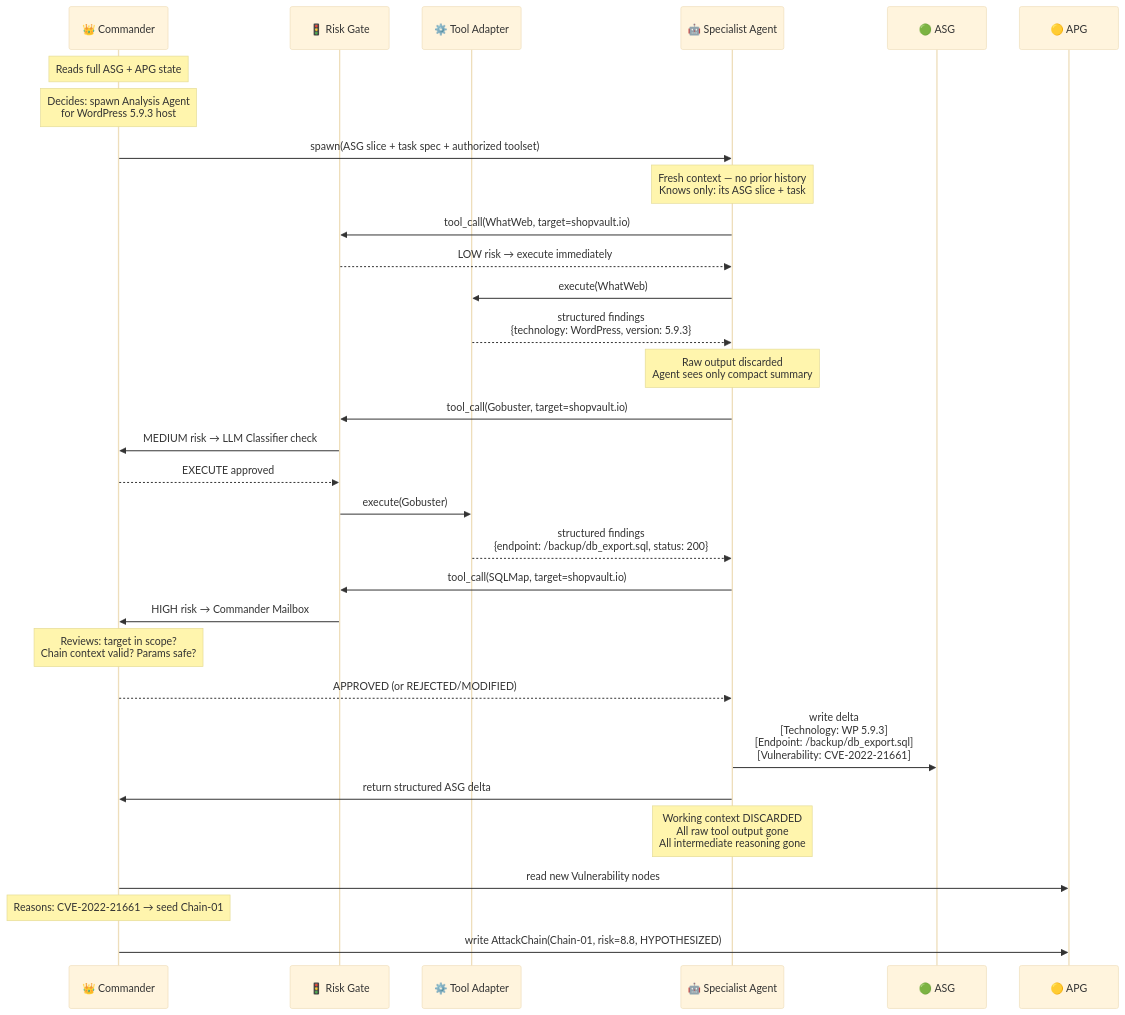
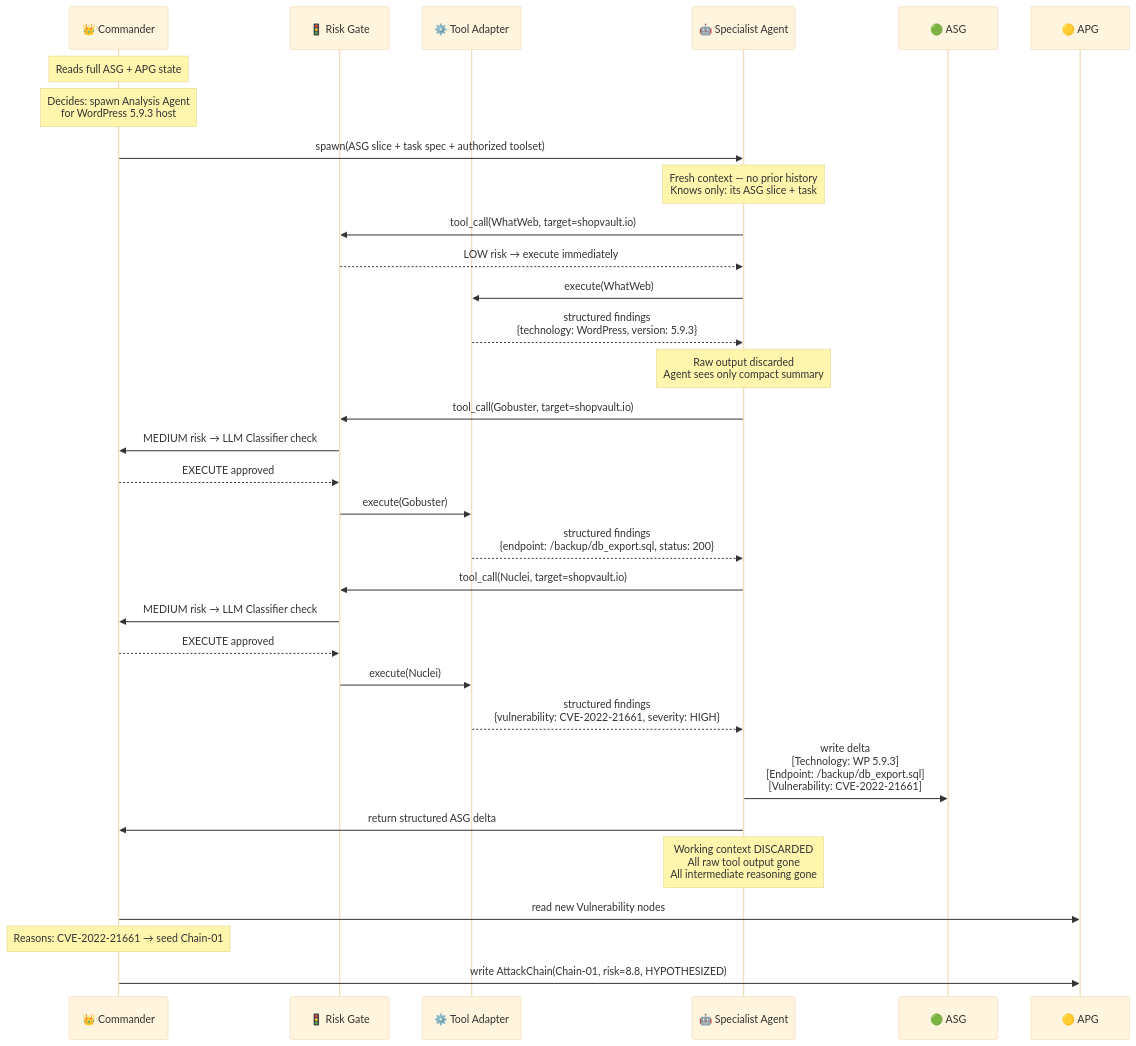
The second of 4 diagrams in docs/paper-thesis/explanation/module-03-core-agent-architecture.md (nishan-paul-2022/cmatrix-agentic-red-team), drawn with Mermaid (base theme) before and after one commit. The commit also changed other lines of this file and 2 other files, not shown here.

Commit message:
docs: update architectural diagrams and validation workflows to clarify Commander-led APG updates and chain execution logic

````diff
--- a/docs/paper-thesis/explanation/module-03-core-agent-architecture.md
+++ b/docs/paper-thesis/explanation/module-03-core-agent-architecture.md
@@ -571,42 +572,43 @@
 ```mermaid
 sequenceDiagram
     participant CMD as 👑 Commander
     participant GATE as 🚦 Risk Gate
     participant TAL as ⚙️ Tool Adapter
     participant AG as 🤖 Specialist Agent
     participant ASG as 🟢 ASG
     participant APG as 🟡 APG
 
     Note over CMD: Reads full ASG + APG state
     Note over CMD: Decides: spawn Analysis Agent<br/>for WordPress 5.9.3 host
 
     CMD->>AG: spawn(ASG slice + task spec + authorized toolset)
     Note over AG: Fresh context — no prior history<br/>Knows only: its ASG slice + task
 
     AG->>GATE: tool_call(WhatWeb, target=shopvault.io)
     GATE-->>AG: LOW risk → execute immediately
 
     AG->>TAL: execute(WhatWeb)
     TAL-->>AG: structured findings<br/>{technology: WordPress, version: 5.9.3}
     Note over AG: Raw output discarded<br/>Agent sees only compact summary
 
     AG->>GATE: tool_call(Gobuster, target=shopvault.io)
     GATE->>CMD: MEDIUM risk → LLM Classifier check
     CMD-->>GATE: EXECUTE approved
     GATE->>TAL: execute(Gobuster)
     TAL-->>AG: structured findings<br/>{endpoint: /backup/db_export.sql, status: 200}
 
-    AG->>GATE: tool_call(SQLMap, target=shopvault.io)
-    GATE->>CMD: HIGH risk → Commander Mailbox
-    Note over CMD: Reviews: target in scope?<br/>Chain context valid? Params safe?
-    CMD-->>AG: APPROVED (or REJECTED/MODIFIED)
+    AG->>GATE: tool_call(Nuclei, target=shopvault.io)
+    GATE->>CMD: MEDIUM risk → LLM Classifier check
+    CMD-->>GATE: EXECUTE approved
+    GATE->>TAL: execute(Nuclei)
+    TAL-->>AG: structured findings<br/>{vulnerability: CVE-2022-21661, severity: HIGH}
 
     AG->>ASG: write delta<br/>[Technology: WP 5.9.3]<br/>[Endpoint: /backup/db_export.sql]<br/>[Vulnerability: CVE-2022-21661]
 
     AG->>CMD: return structured ASG delta
     Note over AG: Working context DISCARDED<br/>All raw tool output gone<br/>All intermediate reasoning gone
 
     CMD->>APG: read new Vulnerability nodes
     Note over CMD: Reasons: CVE-2022-21661 → seed Chain-01
     CMD->>APG: write AttackChain(Chain-01, risk=8.8, HYPOTHESIZED)
 ```
````
